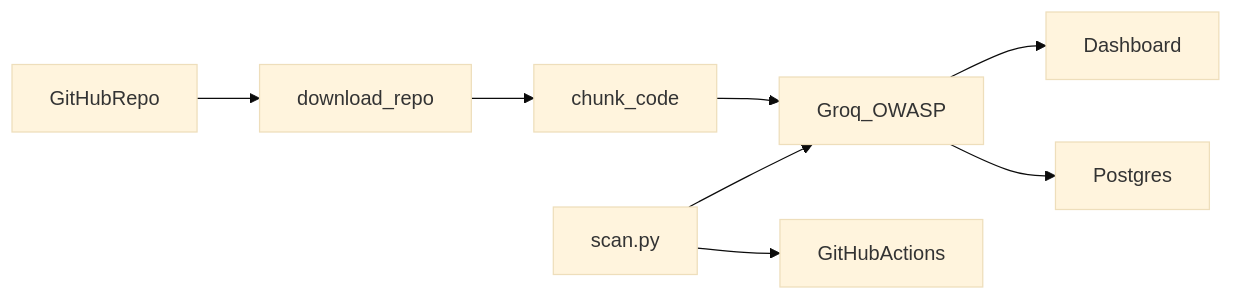
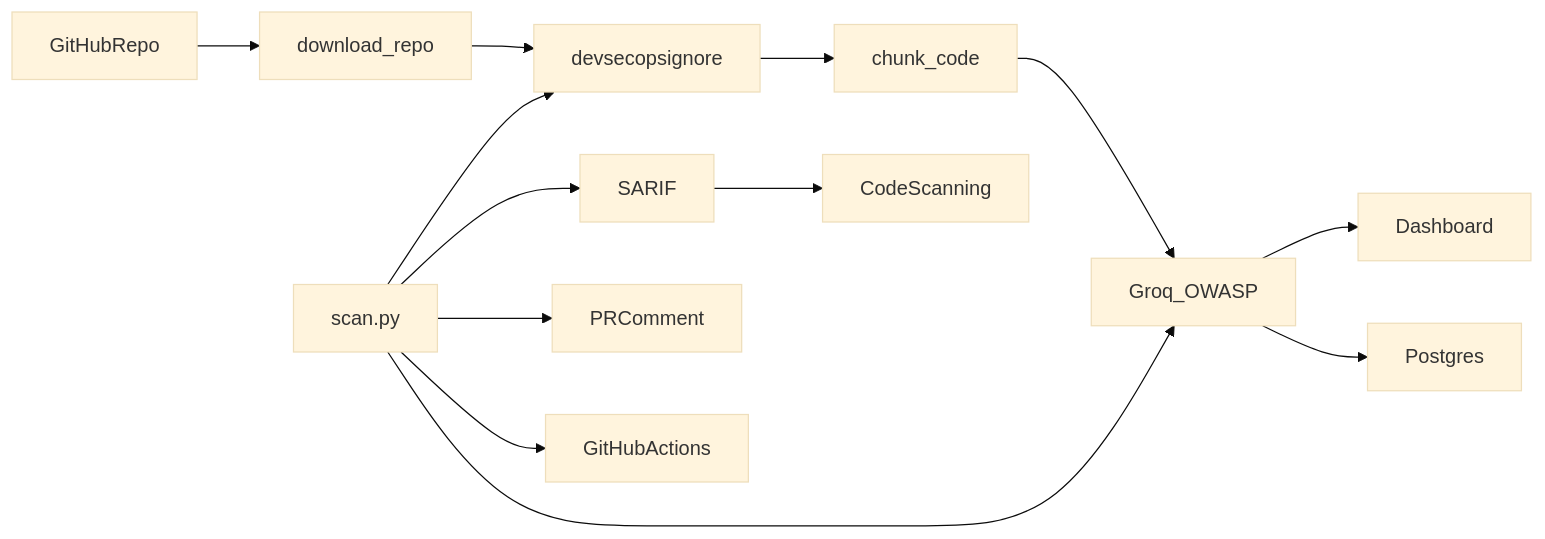
Before and after one commit to Emirhanblc/devsecops_analyzer: the diagram in README.md, drawn with Mermaid (base theme). The commit also changed other lines of this file and 13 other files, not shown here.

Commit message:
Publish scanner findings as SARIF and pull request comments, and honor .devsecopsignore so known lines stay out of the scan.

````diff
--- a/README.md
+++ b/README.md
@@ -31,10 +32,15 @@
 ```mermaid
 flowchart LR
   repo[GitHubRepo] --> fetch[download_repo]
-  fetch --> chunk[chunk_code]
+  fetch --> ignore[devsecopsignore]
+  ignore --> chunk[chunk_code]
   chunk --> groq[Groq_OWASP]
   groq --> ui[Dashboard]
   groq --> db[Postgres]
-  scan[scan.py] --> groq
+  scan[scan.py] --> ignore
+  scan --> groq
+  scan --> sarif[SARIF]
+  scan --> pr[PRComment]
+  sarif --> ghas[CodeScanning]
   scan --> ci[GitHubActions]
 ```
````
